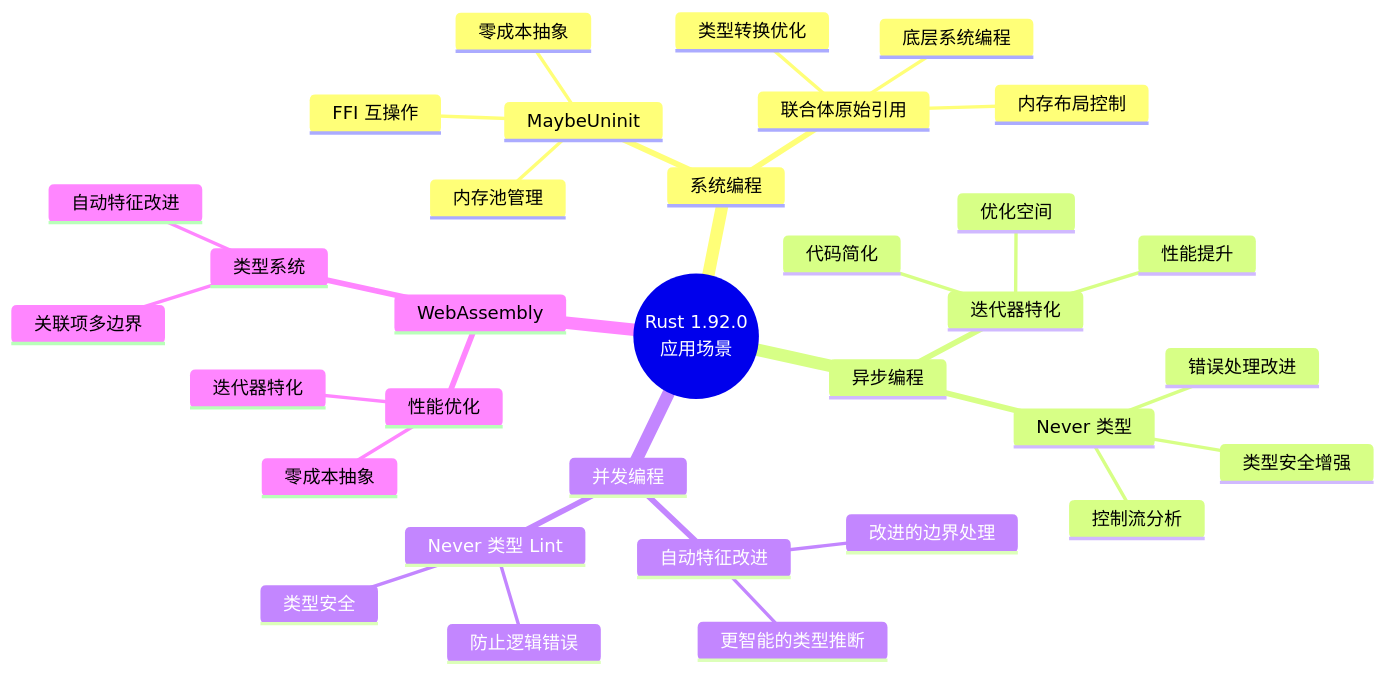
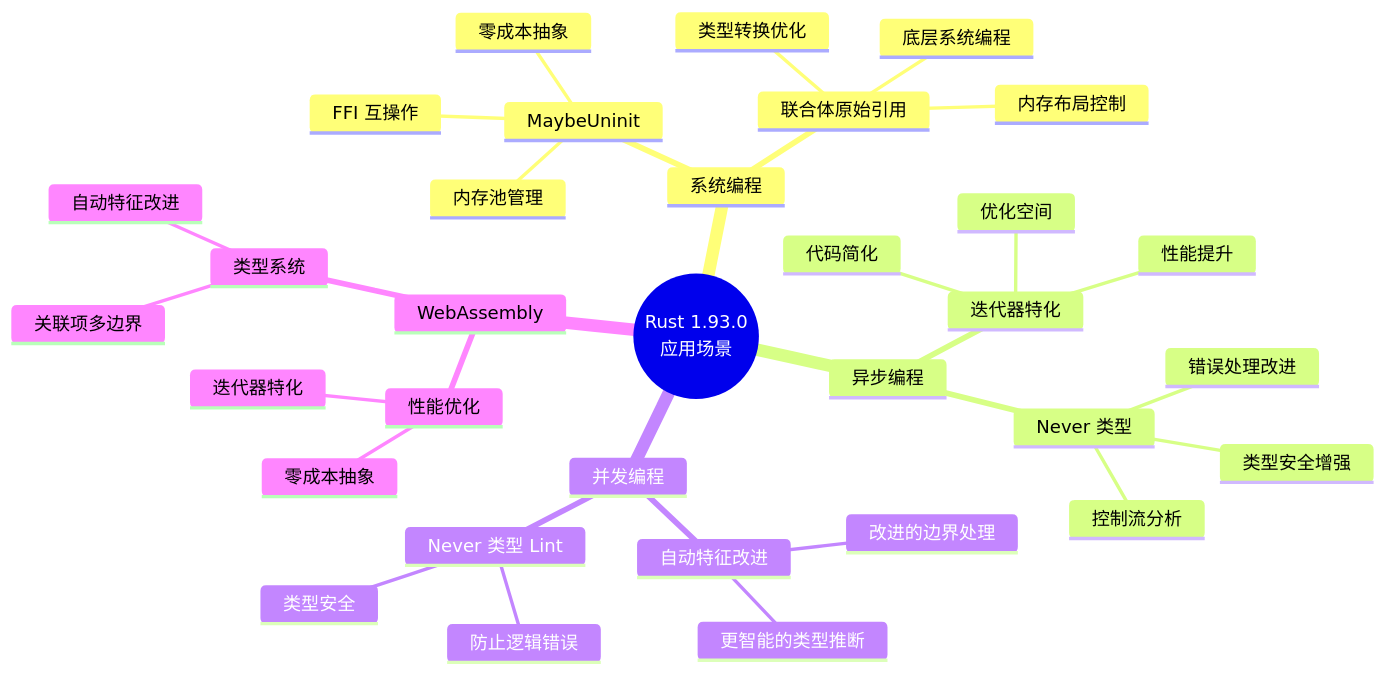
One commit to martin-ly/rust-lang changed the second of 10 diagrams in docs/THINKING_REPRESENTATION_METHODS.md. Above: the diagram before and after it, drawn with Mermaid. The commit also changed other lines of this file and 274 other files, not shown here.

````diff
--- a/docs/THINKING_REPRESENTATION_METHODS.md
+++ b/docs/THINKING_REPRESENTATION_METHODS.md
@@ -137,36 +137,36 @@
 ```mermaid
 mindmap
-  root((Rust 1.92.0<br/>应用场景))
+  root((Rust 1.93.0<br/>应用场景))
     系统编程
       MaybeUninit
         内存池管理
         零成本抽象
         FFI 互操作
       联合体原始引用
         类型转换优化
         内存布局控制
         底层系统编程
     异步编程
       迭代器特化
         性能提升
         代码简化
         优化空间
       Never 类型
         错误处理改进
         控制流分析
         类型安全增强
     并发编程
       Never 类型 Lint
         类型安全
         防止逻辑错误
       自动特征改进
         更智能的类型推断
         改进的边界处理
     WebAssembly
       性能优化
         迭代器特化
         零成本抽象
       类型系统
         关联项多边界
         自动特征改进
 ```
````
